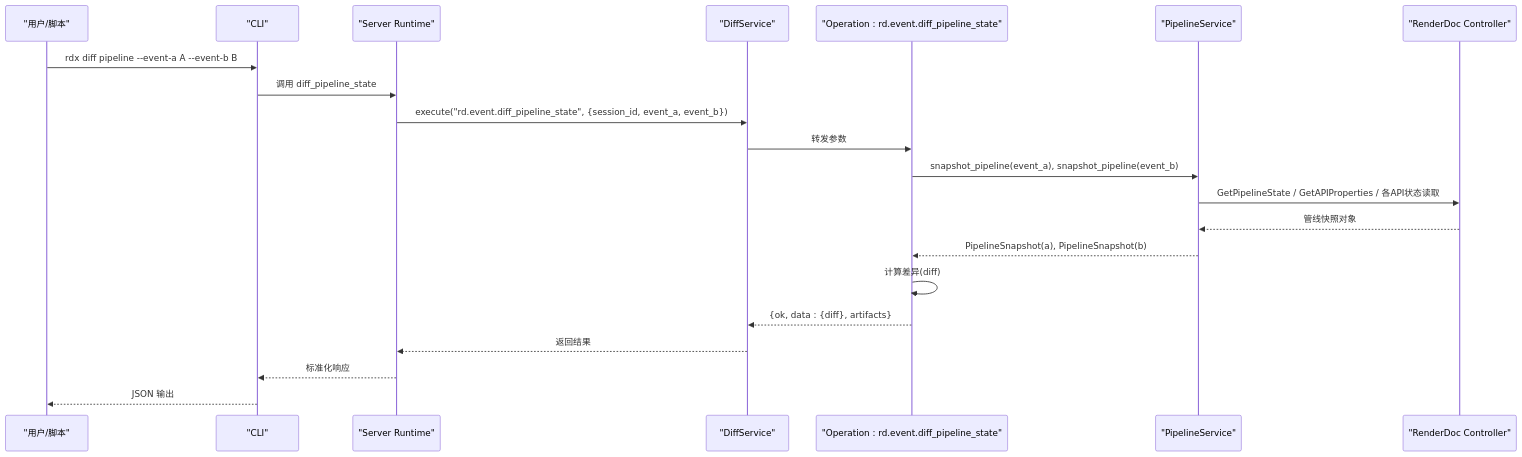
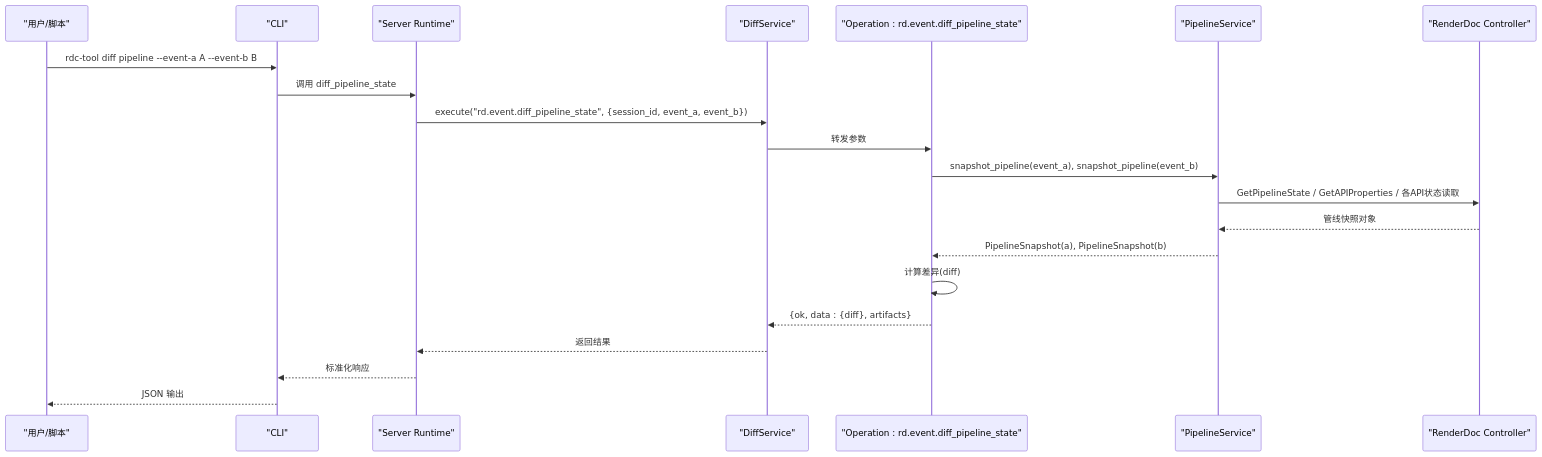
Before and after one commit to haolange/RDC-Tool: the second of 4 diagrams in .qoder/repowiki/zh/content/核心概念/管线状态/管线状态比较.md, drawn with Mermaid. The commit also changed other lines of this file and 388 other files, not shown here.

First line of the commit message:
Release RDC-Tool identity and public maintenance surface

````diff
--- a/.qoder/repowiki/zh/content/核心概念/管线状态/管线状态比较.md
+++ b/.qoder/repowiki/zh/content/核心概念/管线状态/管线状态比较.md
@@ -91,23 +91,23 @@
 ```mermaid
 sequenceDiagram
 participant U as "用户/脚本"
 participant C as "CLI"
 participant SR as "Server Runtime"
 participant DS as "DiffService"
 participant OP as "Operation : rd.event.diff_pipeline_state"
 participant PS as "PipelineService"
 participant RD as "RenderDoc Controller"
-U->>C : rdx diff pipeline --event-a A --event-b B
+U->>C : rdc-tool diff pipeline --event-a A --event-b B
 C->>SR : 调用 diff_pipeline_state
 SR->>DS : execute("rd.event.diff_pipeline_state", {session_id, event_a, event_b})
 DS->>OP : 转发参数
 OP->>PS : snapshot_pipeline(event_a), snapshot_pipeline(event_b)
 PS->>RD : GetPipelineState / GetAPIProperties / 各API状态读取
 RD-->>PS : 管线快照对象
 PS-->>OP : PipelineSnapshot(a), PipelineSnapshot(b)
 OP->>OP : 计算差异(diff)
 OP-->>DS : {ok, data : {diff}, artifacts}
 DS-->>SR : 返回结果
 SR-->>C : 标准化响应
 C-->>U : JSON 输出
 ```
````
